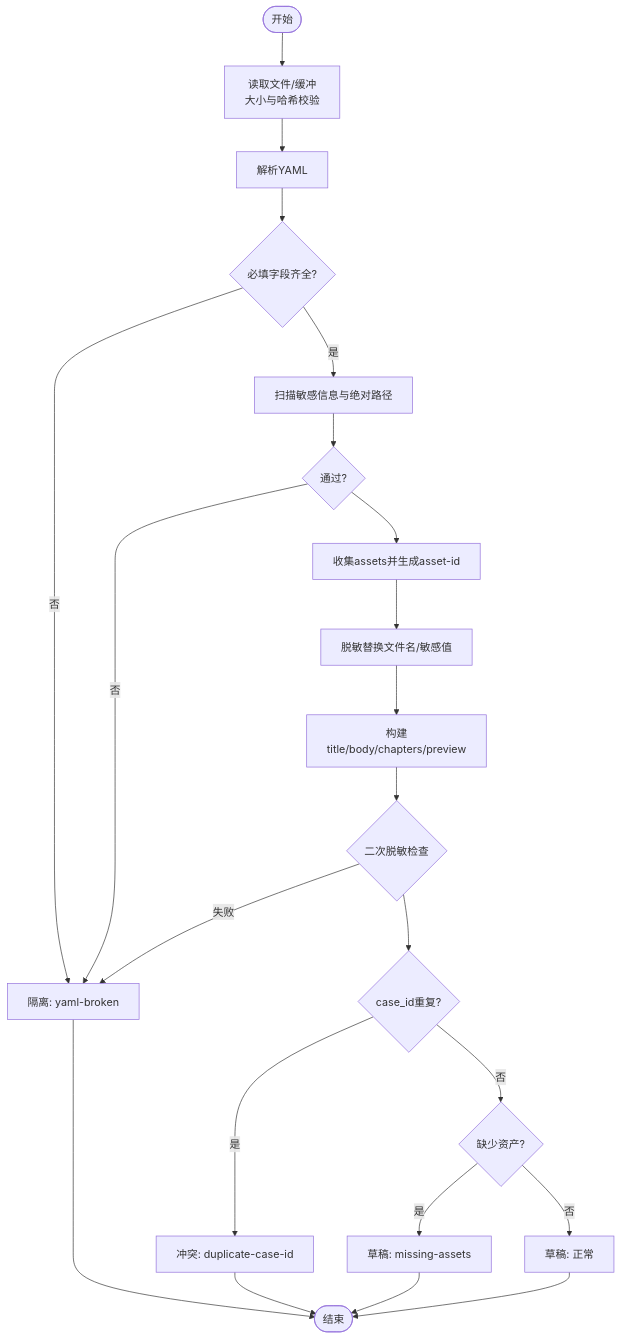
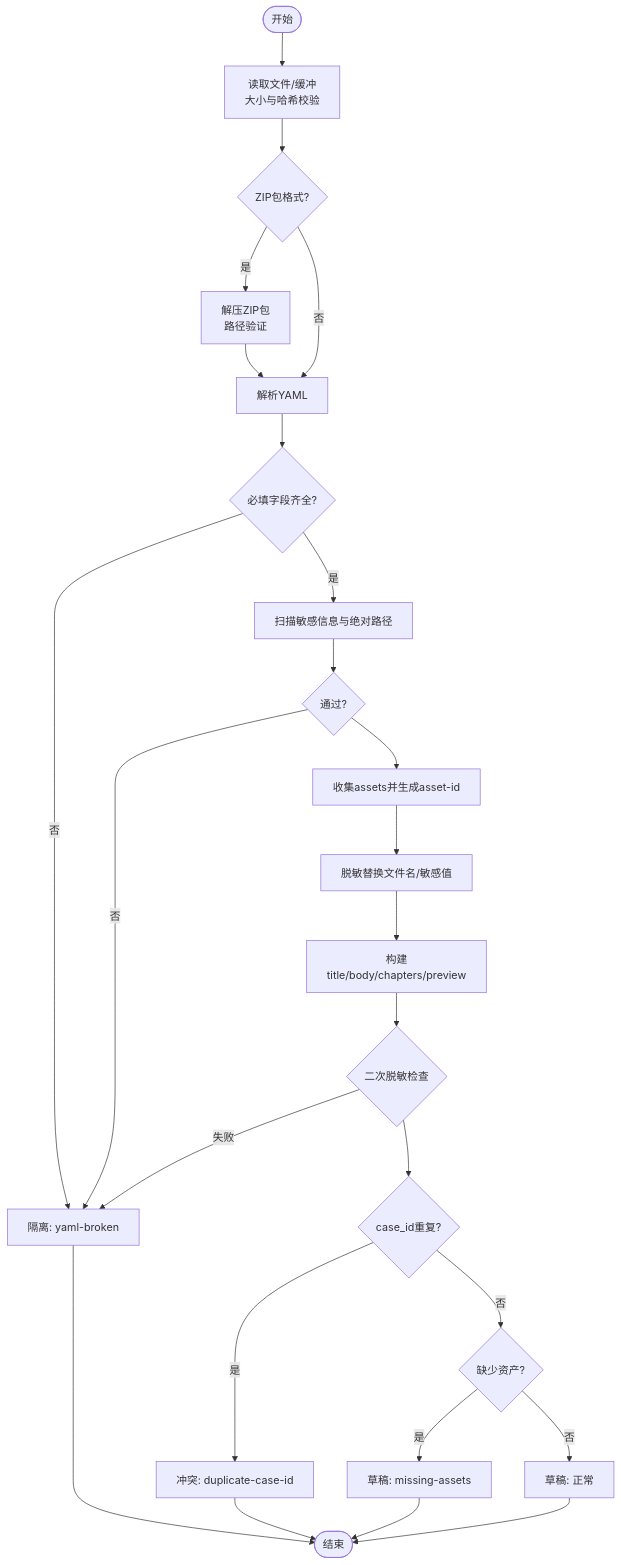
The third of 4 diagrams in .qoder/repowiki/zh/content/架构设计/核心组件设计/知识编译服务设计/冷数据导入.md (haolange/RDC-Agent), drawn with Mermaid before and after one commit. The commit also changed other lines of this file and 28 other files, not shown here.

````diff
--- a/.qoder/repowiki/zh/content/架构设计/核心组件设计/知识编译服务设计/冷数据导入.md
+++ b/.qoder/repowiki/zh/content/架构设计/核心组件设计/知识编译服务设计/冷数据导入.md
@@ -149,24 +175,27 @@
 ```mermaid
 flowchart TD
 Start(["开始"]) --> Read["读取文件/缓冲<br/>大小与哈希校验"]
-Read --> Parse["解析YAML"]
+Read --> Detect{"ZIP包格式?"}
+Detect -- 是 --> Unzip["解压ZIP包<br/>路径验证"]
+Unzip --> Parse["解析YAML"]
+Detect -- 否 --> Parse
 Parse --> Valid{"必填字段齐全?"}
 Valid -- 否 --> Quarantine["隔离: yaml-broken"]
 Valid -- 是 --> Scan["扫描敏感信息与绝对路径"]
 Scan --> Clean{"通过?"}
 Clean -- 否 --> Quarantine
 Clean --> Assets["收集assets并生成asset-id"]
 Assets --> Redact["脱敏替换文件名/敏感值"]
 Redact --> Build["构建title/body/chapters/preview"]
 Build --> Recheck{"二次脱敏检查"}
 Recheck -- 失败 --> Quarantine
 Recheck --> Conflict{"case_id重复?"}
 Conflict -- 是 --> ConflictOut["冲突: duplicate-case-id"]
 Conflict -- 否 --> Missing{"缺少资产?"}
 Missing -- 是 --> Draft["草稿: missing-assets"]
 Missing -- 否 --> DraftOK["草稿: 正常"]
 Quarantine --> End(["结束"])
 ConflictOut --> End
 Draft --> End
 DraftOK --> End
 ```
````
